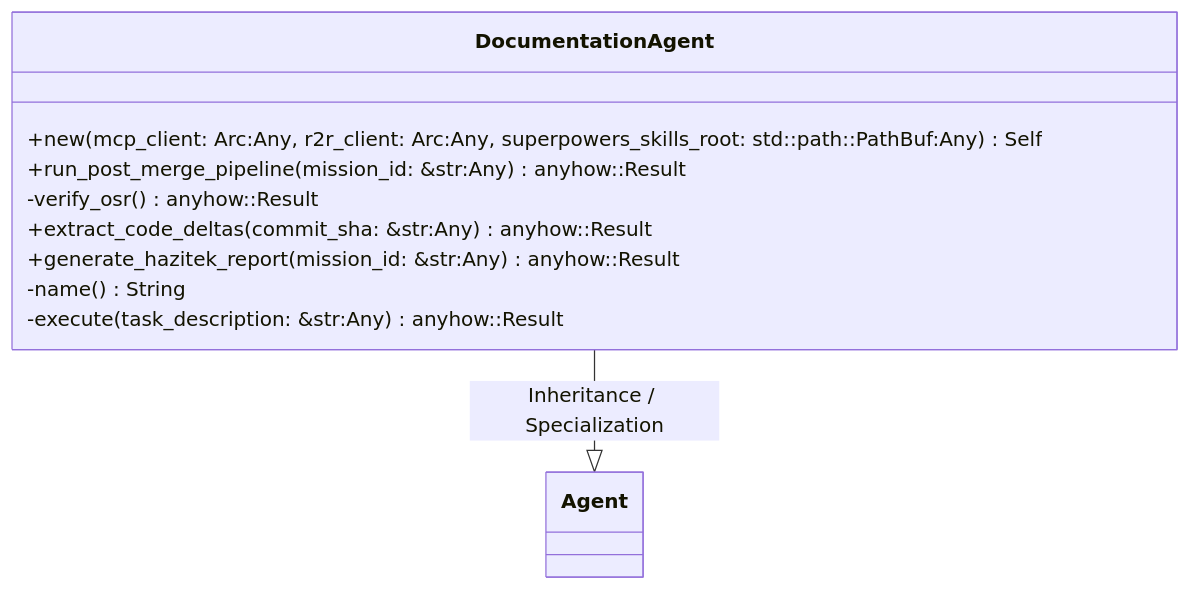
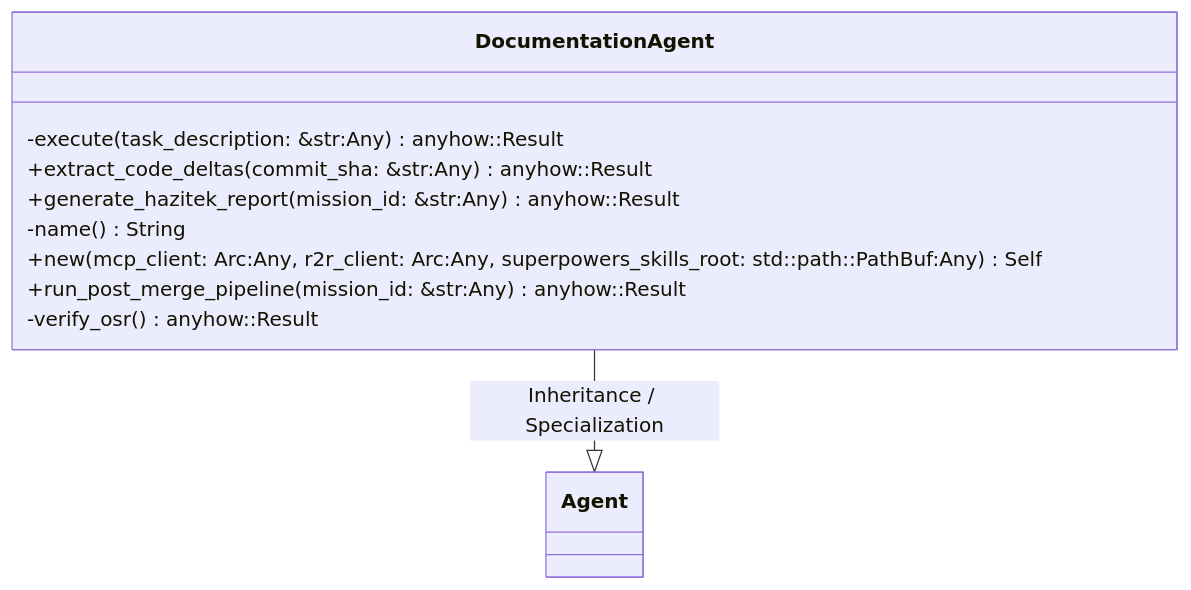
Before and after one commit to lgcorzo/rust_CACD_autonomous_factory: the first of 2 diagrams in openwiki/crates_factory-application_src_agents_doc_agent_rs.md, drawn with Mermaid. The commit also changed other lines of this file and 76 other files, not shown here.

````diff
--- a/openwiki/crates_factory-application_src_agents_doc_agent_rs.md
+++ b/openwiki/crates_factory-application_src_agents_doc_agent_rs.md
@@ -170,15 +170,15 @@
 ```mermaid
 classDiagram
     direction BT
     class DocumentationAgent {
+        -execute(task_description: &str:Any) anyhow::Result<Value>
+        +extract_code_deltas(commit_sha: &str:Any) anyhow::Result<String>
+        +generate_hazitek_report(mission_id: &str:Any) anyhow::Result<factory_core::ComplianceReport>
+        -name() String
         +new(mcp_client: Arc<dyn McpClient>:Any, r2r_client: Arc<dyn R2rClient>:Any, superpowers_skills_root: std::path::PathBuf:Any) Self
         +run_post_merge_pipeline(mission_id: &str:Any) anyhow::Result<Value>
         -verify_osr() anyhow::Result<f32>
-        +extract_code_deltas(commit_sha: &str:Any) anyhow::Result<String>
-        +generate_hazitek_report(mission_id: &str:Any) anyhow::Result<factory_core::ComplianceReport>
-        -name() String
-        -execute(task_description: &str:Any) anyhow::Result<Value>
     }
     Agent <|-- DocumentationAgent : Inheritance / Specialization
 
 ```
````
